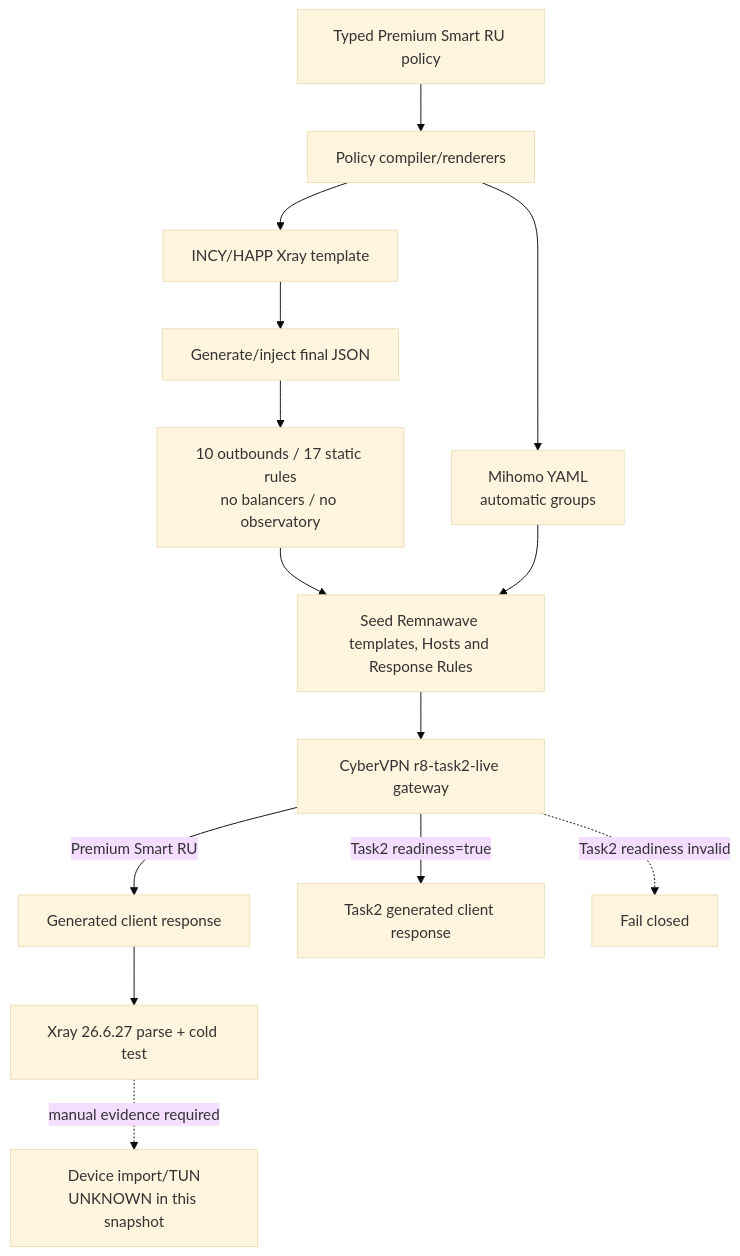
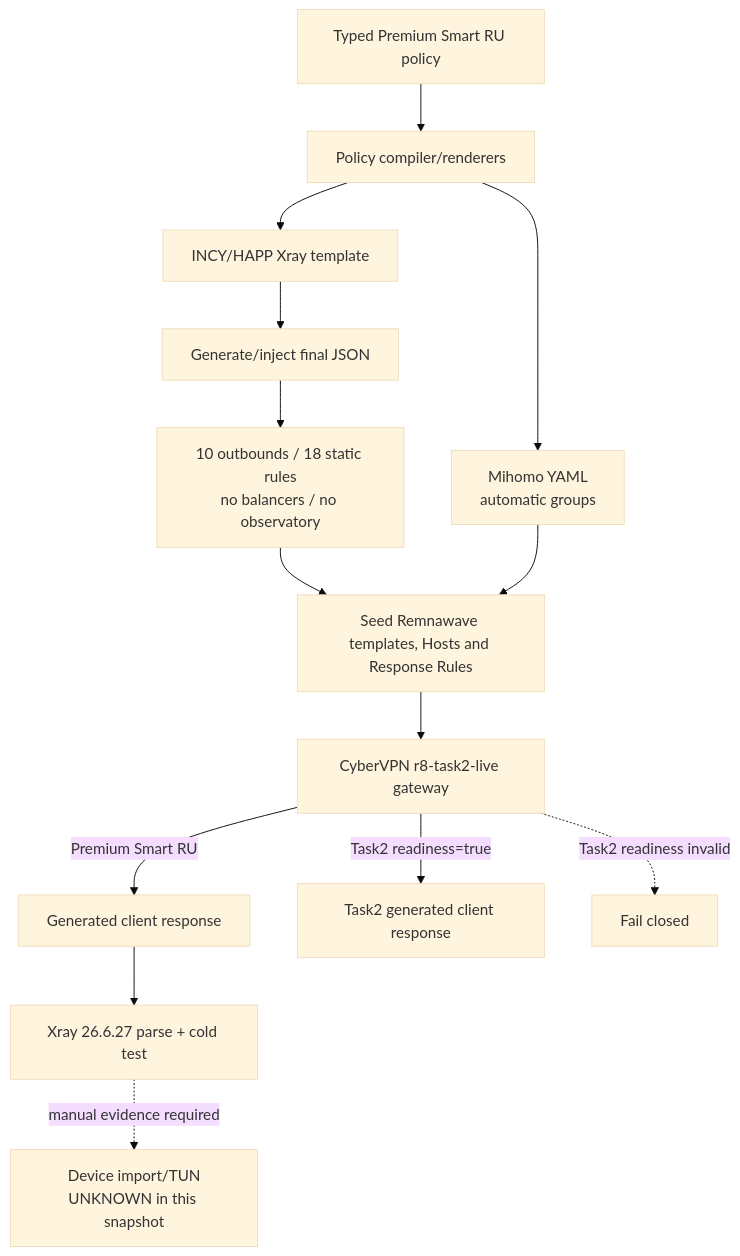
The second of 4 diagrams in docs/architecture/CYBERVPN_PREMIUM_SMART_RU_CURRENT_PRODUCTION_ARCHITECTURE.md (Beep206/CyberVPN), drawn with Mermaid (base theme) before and after one commit. The commit also changed other lines of this file and 17 other files, not shown here.

````diff
--- a/docs/architecture/CYBERVPN_PREMIUM_SMART_RU_CURRENT_PRODUCTION_ARCHITECTURE.md
+++ b/docs/architecture/CYBERVPN_PREMIUM_SMART_RU_CURRENT_PRODUCTION_ARCHITECTURE.md
@@ -629,16 +630,16 @@
 ```mermaid
 flowchart TD
     P["Typed Premium Smart RU policy"] --> C["Policy compiler/renderers"]
     C --> MI["Mihomo YAML\nautomatic groups"]
     C --> XJ["INCY/HAPP Xray template"]
     XJ --> G["Generate/inject final JSON"]
-    G --> S["10 outbounds / 17 static rules\nno balancers / no observatory"]
+    G --> S["10 outbounds / 18 static rules\nno balancers / no observatory"]
     S --> RW["Seed Remnawave templates, Hosts and Response Rules"]
     MI --> RW
     RW --> GW["CyberVPN r8-task2-live gateway"]
     GW -->|"Premium Smart RU"| OUT["Generated client response"]
     GW -->|"Task2 readiness=true"| T2OUT["Task2 generated client response"]
     GW -. "Task2 readiness invalid" .-> FC["Fail closed"]
     OUT --> V["Xray 26.6.27 parse + cold test"]
     V -. "manual evidence required" .-> D["Device import/TUN\nUNKNOWN in this snapshot"]
 ```
````
